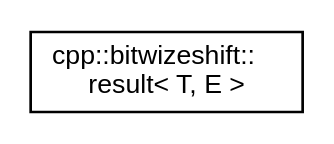
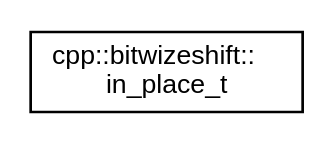
The diagram in api/latest/inherit_graph_6.dot (bitwizeshift/result), drawn with Graphviz before and after one commit. The commit also changed 170 other files, not shown here.

```diff
--- a/api/latest/inherit_graph_6.dot
+++ b/api/latest/inherit_graph_6.dot
@@ -1,7 +1,8 @@
 digraph "Graphical Class Hierarchy"
 {
+ // LATEX_PDF_SIZE
   edge [fontname="Helvetica",fontsize="10",labelfontname="Helvetica",labelfontsize="10"];
   node [fontname="Helvetica",fontsize="10",shape=record];
   rankdir="LR";
-  Node0 [label="cpp::bitwizeshift::\lresult\< T, E \>",height=0.2,width=0.4,color="black", fillcolor="white", style="filled",URL="$db/d9a/classcpp_1_1bitwizeshift_1_1result.html",tooltip="The class template result manages result results from APIs, while encoding possible failure condition..."];
+  Node0 [label="cpp::bitwizeshift::\lin_place_t",height=0.2,width=0.4,color="black", fillcolor="white", style="filled",URL="$d0/d99/structcpp_1_1bitwizeshift_1_1in__place__t.html",tooltip="A structure for representing in-place construction."];
 }
```
